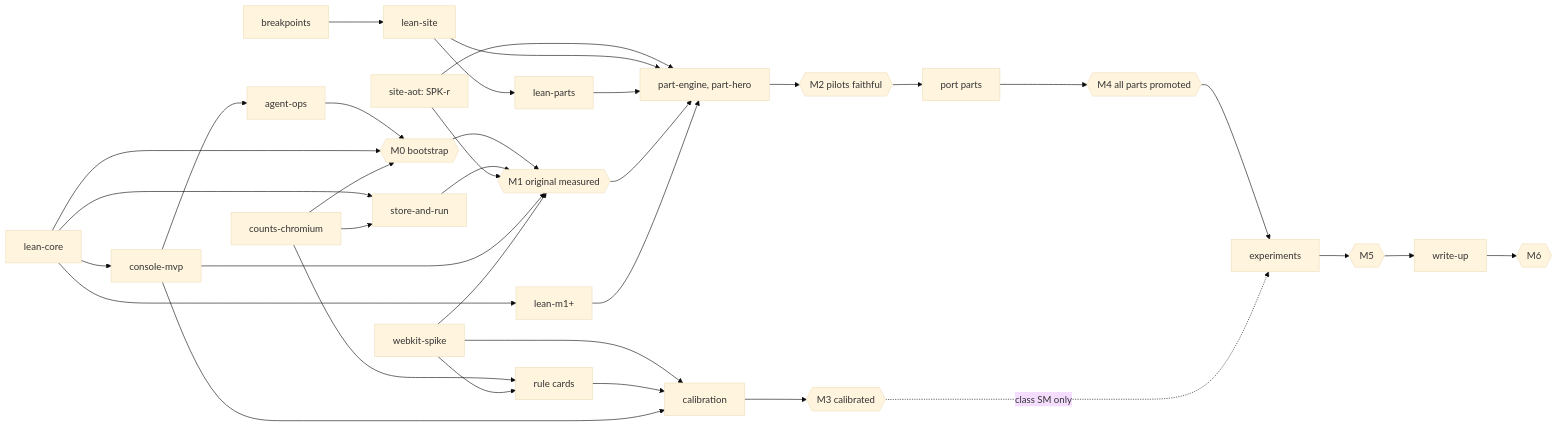
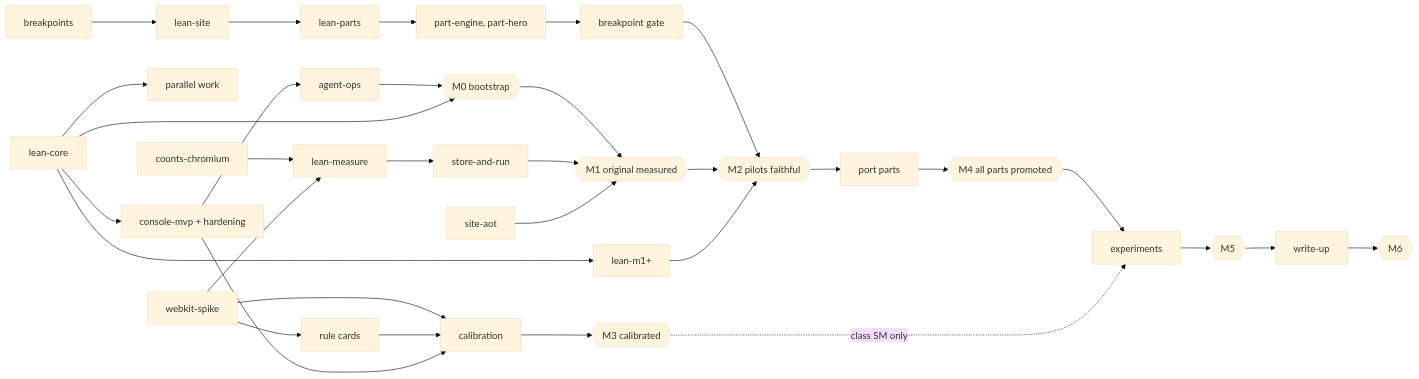
One commit to kitimark/lean-loop-engineer-the-fastwork-web-optimize changed the second of 2 diagrams in docs/plan/PLAN.md. Above: the diagram before and after it, drawn with Mermaid (base theme). The commit also changed other lines of this file, not shown here.

First line of the commit message:
plan: revision 6 (catch-up to e4d9853: public repo and CI, agent operations, console M0 core, parallel work, measurement findings, Lean and math review r5); reviewed on two lenses (15 findings: 15 applied, 4 partly rejected with reasons in Appendix D)

````diff
--- a/docs/plan/PLAN.md
+++ b/docs/plan/PLAN.md
@@ -1212,13 +1194,12 @@
 ```mermaid
 flowchart LR
-  LC[lean-core] --> CON[console-mvp] --> OPS[agent-ops] --> M0{{M0 bootstrap}} --> M1{{M1 original measured}}
-  LC --> LM[lean-m1+] & M0 & SR[store-and-run]
-  CC[counts-chromium] --> SR --> M1
-  AOT[site-aot: SPK-r] & CON --> M1
-  CC --> M0 & RC[rule cards]
-  WK[webkit-spike] --> M1 & RC & CAL[calibration]
-  BP[breakpoints] --> LS[lean-site] --> LP[lean-parts]
-  AOT & LS & LP & M1 & LM --> PP[part-engine, part-hero] --> M2{{M2 pilots faithful}}
+  LC[lean-core] --> CON[console-mvp + hardening] --> OPS[agent-ops] --> M0{{M0 bootstrap}} --> M1{{M1 original measured}}
+  LC --> LM[lean-m1+] & SCH[parallel work] & M0
+  CC[counts-chromium] & WK[webkit-spike] --> LMS[lean-measure] --> SR[store-and-run] --> M1
+  AOT[site-aot] --> M1
+  WK --> RC[rule cards] & CAL[calibration]
+  BP[breakpoints] --> LS[lean-site] --> LP[lean-parts] --> PP[part-engine, part-hero] --> GATE[breakpoint gate]
+  GATE & M1 & LM --> M2{{M2 pilots faithful}}
   M2 --> PORT[port parts] --> M4{{M4 all parts promoted}} --> EXP[experiments] --> M5{{M5}} --> WR[write-up] --> M6{{M6}}
   RC & CON --> CAL --> M3{{M3 calibrated}} -. "class SM only" .-> EXP
 ```
````
